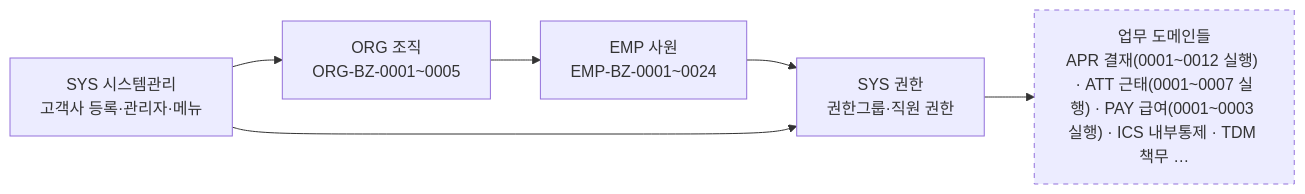
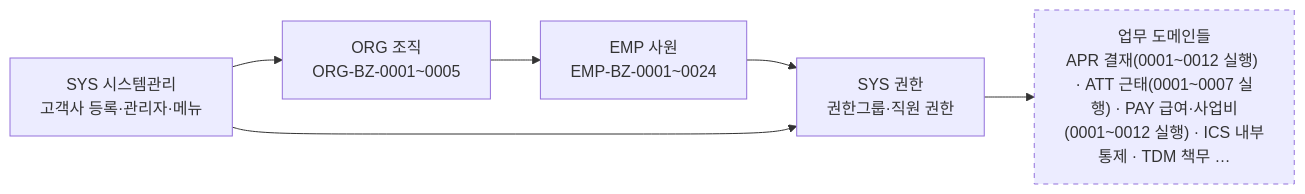
Before and after one commit to KimDoYoung/framework-sprt: the diagram in AssetERP/docs/2-업무분석/biz-event/00-도메인Map.md, drawn with Mermaid. The commit also changed 13 other files, not shown here.

````diff
--- a/AssetERP/docs/2-업무분석/biz-event/00-도메인Map.md
+++ b/AssetERP/docs/2-업무분석/biz-event/00-도메인Map.md
@@ -6,14 +6,14 @@
 ```mermaid
 flowchart LR
     SYS["SYS 시스템관리<br/>고객사 등록·관리자·메뉴"]
     ORG["ORG 조직<br/>ORG-BZ-0001~0005"]
     EMP["EMP 사원<br/>EMP-BZ-0001~0024"]
     AUTH["SYS 권한<br/>권한그룹·직원 권한"]
-    WORK["업무 도메인들<br/>APR 결재(0001~0012 실행) · ATT 근태(0001~0007 실행) · PAY 급여(0001~0003 실행) · ICS 내부통제 · TDM 책무 …"]
+    WORK["업무 도메인들<br/>APR 결재(0001~0012 실행) · ATT 근태(0001~0007 실행) · PAY 급여·사업비(0001~0012 실행) · ICS 내부통제 · TDM 책무 …"]
 
     SYS --> ORG --> EMP --> AUTH --> WORK
     SYS --> AUTH
 
     classDef todo stroke-dasharray: 5 5
     class WORK todo
 ```
````
